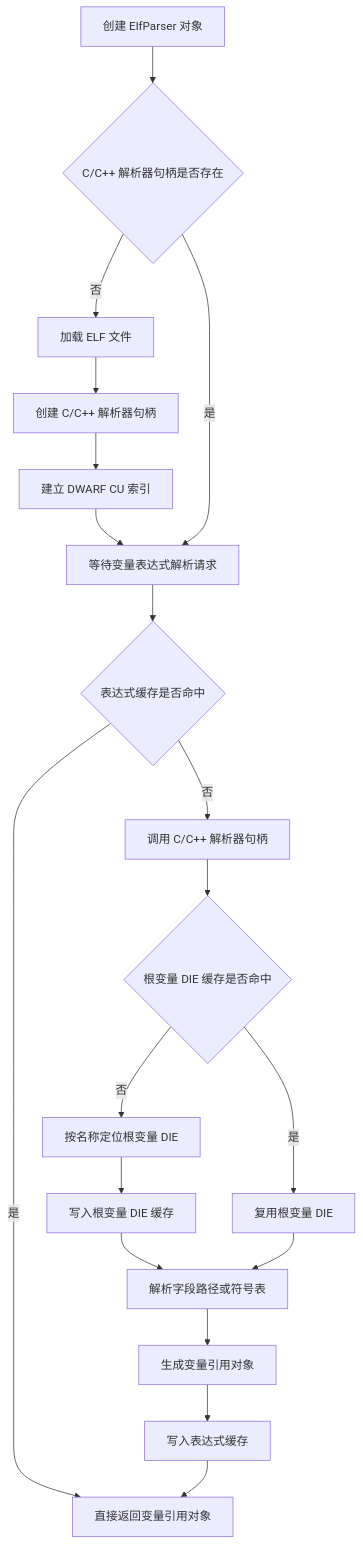
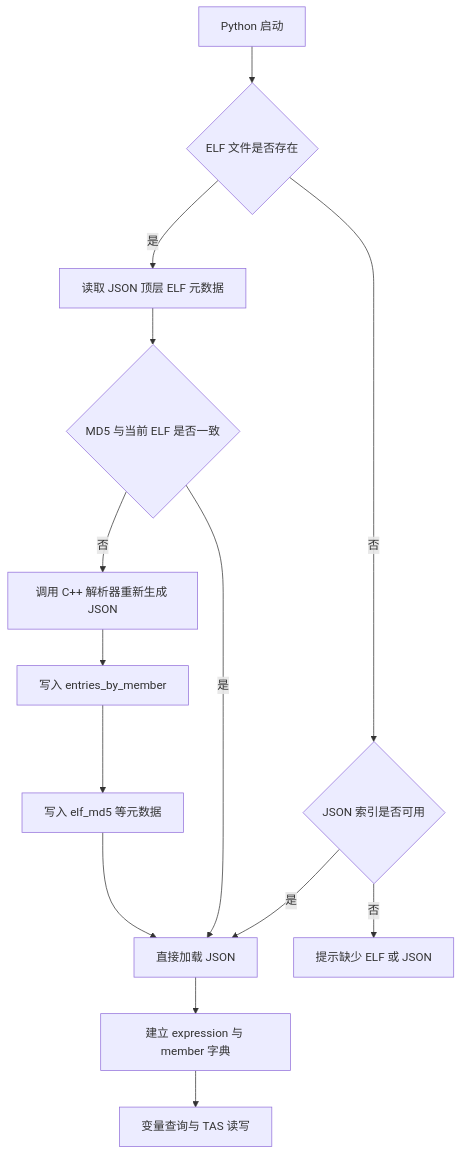
Before and after one commit to Dream-007/TC397Tools: the fifth of 5 diagrams in docs/TC397_ELF_DAP_PATENT_DRAFT.md, drawn with Mermaid. The commit also changed other lines of this file and 25 other files, not shown here.

````diff
--- a/docs/TC397_ELF_DAP_PATENT_DRAFT.md
+++ b/docs/TC397_ELF_DAP_PATENT_DRAFT.md
@@ -314,22 +361,16 @@
 ```mermaid
 flowchart TD
-    A[创建 ElfParser 对象] --> B{C/C++ 解析器句柄是否存在}
-    B -- 否 --> C[加载 ELF 文件]
-    C --> D[创建 C/C++ 解析器句柄]
-    D --> E[建立 DWARF CU 索引]
-    E --> F[等待变量表达式解析请求]
-
-    B -- 是 --> F
-    F --> G{表达式缓存是否命中}
-    G -- 是 --> H[直接返回变量引用对象]
-    G -- 否 --> I[调用 C/C++ 解析器句柄]
-    I --> J{根变量 DIE 缓存是否命中}
-    J -- 是 --> K[复用根变量 DIE]
-    J -- 否 --> L[按名称定位根变量 DIE]
-    L --> M[写入根变量 DIE 缓存]
-    M --> N[解析字段路径或符号表]
-    K --> N
-    N --> O[生成变量引用对象]
-    O --> P[写入表达式缓存]
-    P --> H
+    A[Python 启动] --> B{ELF 文件是否存在}
+    B -- 否 --> C{JSON 索引是否可用}
+    C -- 是 --> D[直接加载 JSON]
+    C -- 否 --> E[提示缺少 ELF 或 JSON]
+    B -- 是 --> F[读取 JSON 顶层 ELF 元数据]
+    F --> G{MD5 与当前 ELF 是否一致}
+    G -- 是 --> D
+    G -- 否 --> H[调用 C++ 解析器重新生成 JSON]
+    H --> I[写入 entries_by_member]
+    I --> J[写入 elf_md5 等元数据]
+    J --> D
+    D --> K[建立 expression 与 member 字典]
+    K --> L[变量查询与 TAS 读写]
 ```
````
